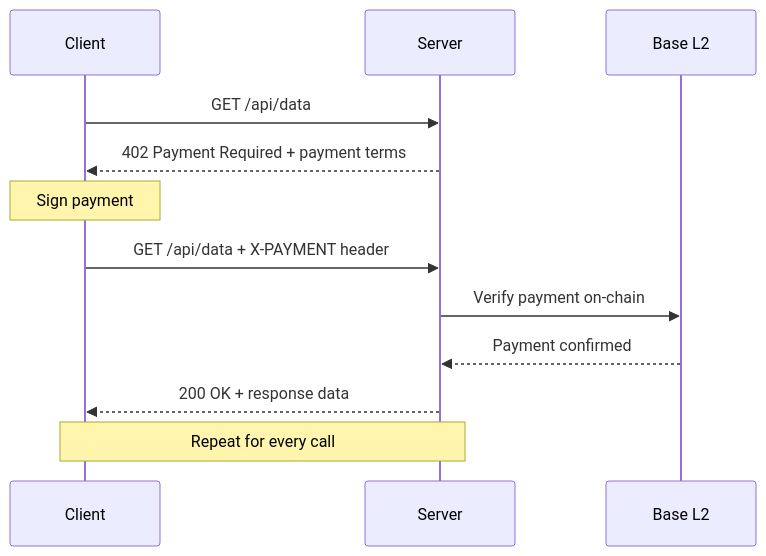
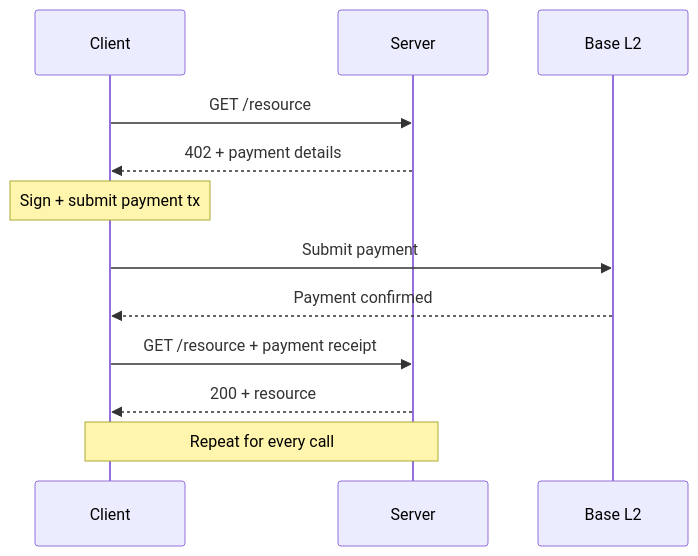
The first of 4 diagrams in COMPARISON.md (valeo-cash/amp), drawn with Mermaid before and after one commit. The commit also changed other lines of this file and 1 other file, not shown here.

````diff
--- a/COMPARISON.md
+++ b/COMPARISON.md
@@ -17,15 +17,15 @@
 ```mermaid
 sequenceDiagram
     participant Client
     participant Server
     participant BaseL2 as Base L2
 
-    Client->>Server: GET /api/data
-    Server-->>Client: 402 Payment Required + payment terms
-    Note over Client: Sign payment
-    Client->>Server: GET /api/data + X-PAYMENT header
-    Server->>BaseL2: Verify payment on-chain
-    BaseL2-->>Server: Payment confirmed
-    Server-->>Client: 200 OK + response data
+    Client->>Server: GET /resource
+    Server-->>Client: 402 + payment details
+    Note over Client: Sign + submit payment tx
+    Client->>BaseL2: Submit payment
+    BaseL2-->>Client: Payment confirmed
+    Client->>Server: GET /resource + payment receipt
+    Server-->>Client: 200 + resource
     Note over Client,Server: Repeat for every call
 ```
````
